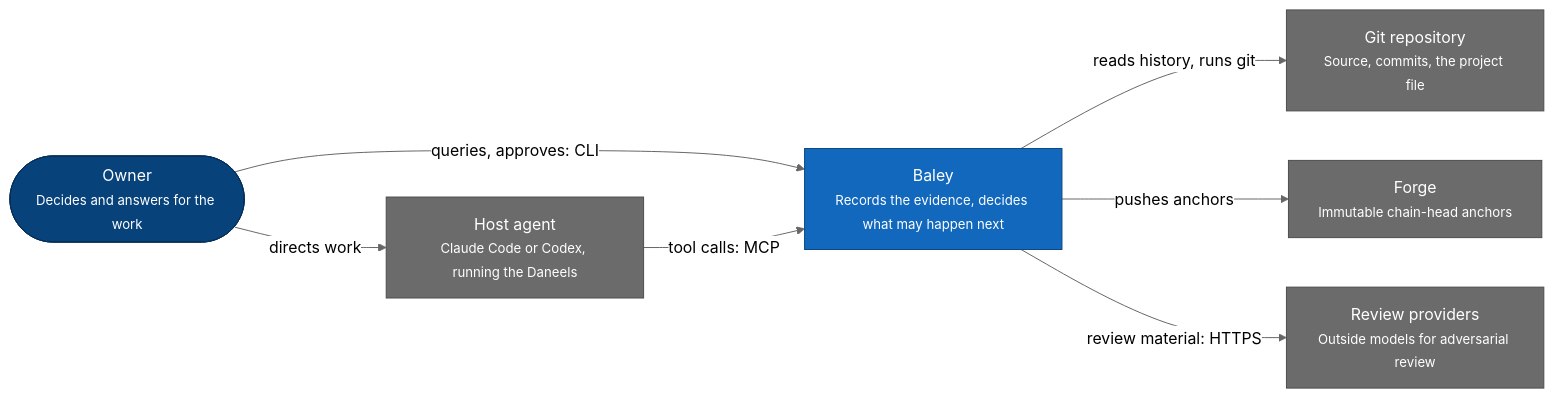
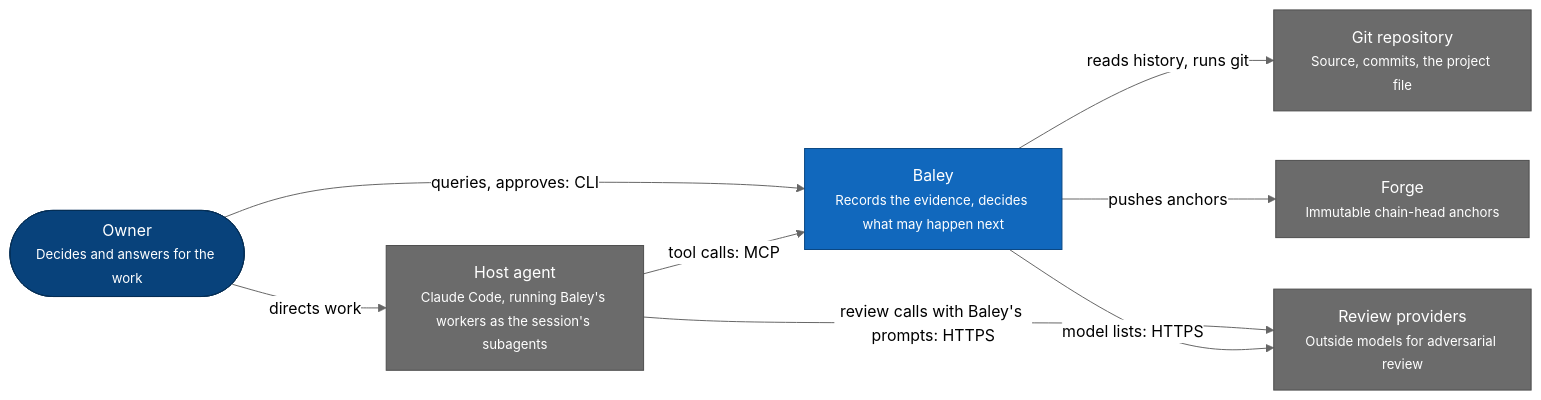
One commit to crenshawdev/baley changed the first of 14 diagrams in docs/design/0001-evidence-ledger.md. Above: the diagram before and after it, drawn with Mermaid (neutral theme). The commit also changed other lines of this file, not shown here.

First line of the commit message:
docs(design): show claude code and the session's review calls in design 0001's figures

````diff
--- a/docs/design/0001-evidence-ledger.md
+++ b/docs/design/0001-evidence-ledger.md
@@ -119,21 +119,22 @@
 ```mermaid
 flowchart LR
   owner(["Owner<br/><small>Decides and answers for the work</small>"])
-  host["Host agent<br/><small>Claude Code or Codex, running the Daneels</small>"]
+  host["Host agent<br/><small>Claude Code, running Baley's workers as the session's subagents</small>"]
   baley["Baley<br/><small>Records the evidence, decides what may happen next</small>"]
   git["Git repository<br/><small>Source, commits, the project file</small>"]
   forge["Forge<br/><small>Immutable chain-head anchors</small>"]
   prov["Review providers<br/><small>Outside models for adversarial review</small>"]
   owner -->|directs work| host
   owner -->|queries, approves: CLI| baley
   host -->|tool calls: MCP| baley
   baley -->|reads history, runs git| git
   baley -->|pushes anchors| forge
-  baley -->|review material: HTTPS| prov
+  host -->|review calls with Baley's prompts: HTTPS| prov
+  baley -->|model lists: HTTPS| prov
   classDef person fill:#08427b,stroke:#052e56,color:#fff
   classDef system fill:#1168bd,stroke:#0b4884,color:#fff
   classDef external fill:#6b6b6b,stroke:#4d4d4d,color:#fff
   class owner person
   class baley system
   class host,git,forge,prov external
 ```
````
